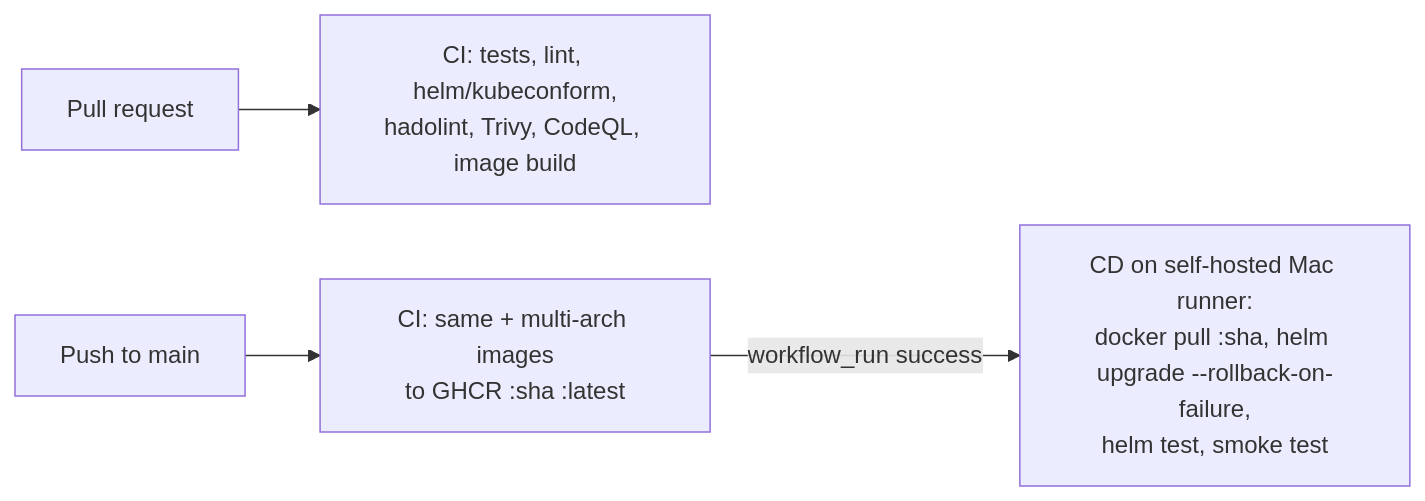
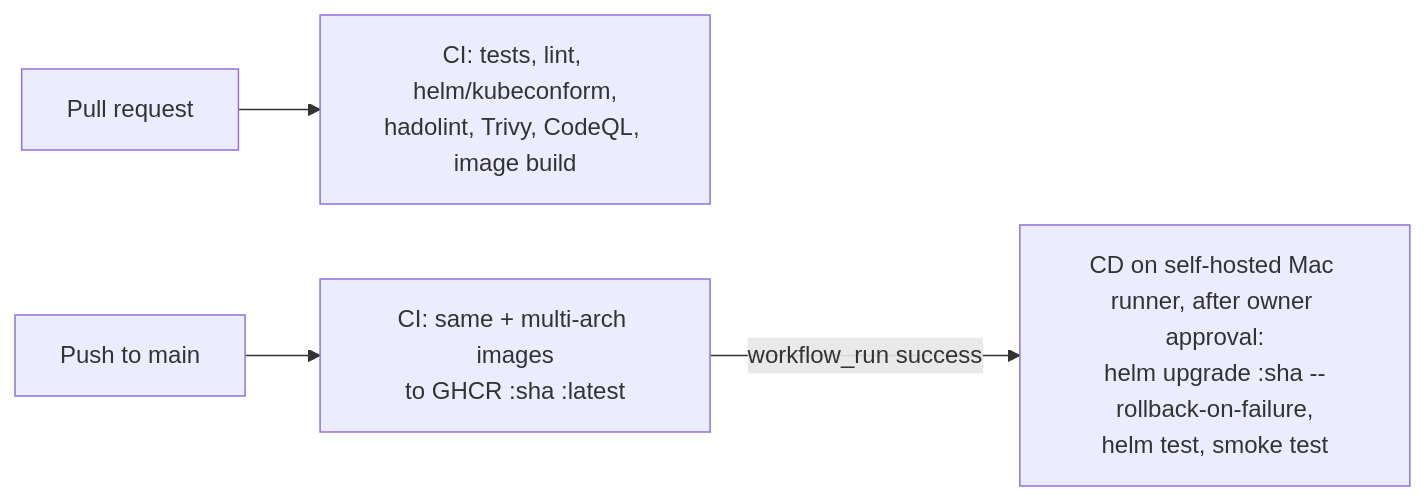
The second of 2 diagrams in README.md (manojis/CriticalUtilityResponseService), drawn with Mermaid before and after one commit. The commit also changed other lines of this file and 13 other files, not shown here.

First line of the commit message:
ci: isolate the self-hosted runner and require owner approval for deploys (#16)

````diff
--- a/README.md
+++ b/README.md
@@ -86,6 +86,6 @@
 ```mermaid
 flowchart LR
     PR[Pull request] --> CI1[CI: tests, lint, helm/kubeconform,<br/>hadolint, Trivy, CodeQL, image build]
     M[Push to main] --> CI2[CI: same + multi-arch images<br/>to GHCR :sha :latest]
-    CI2 -->|workflow_run success| CD[CD on self-hosted Mac runner:<br/>docker pull :sha, helm upgrade --rollback-on-failure,<br/>helm test, smoke test]
+    CI2 -->|workflow_run success| CD[CD on self-hosted Mac runner, after owner approval:<br/>helm upgrade :sha --rollback-on-failure,<br/>helm test, smoke test]
 ```
````
